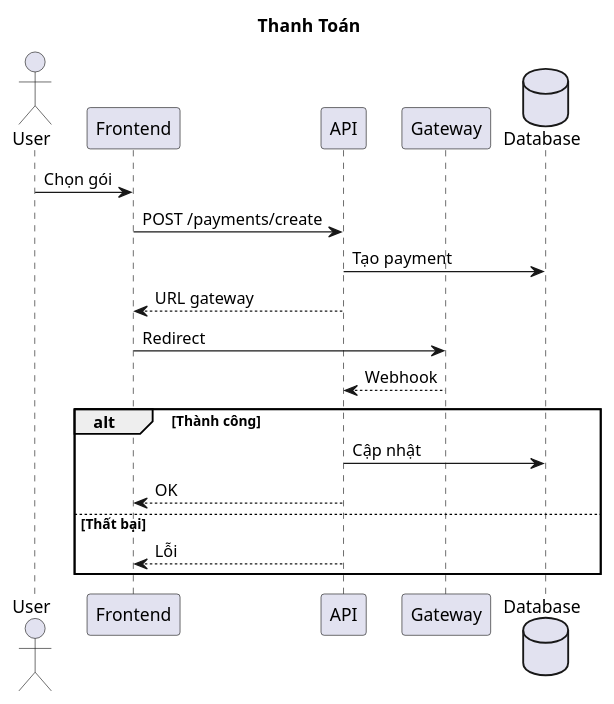
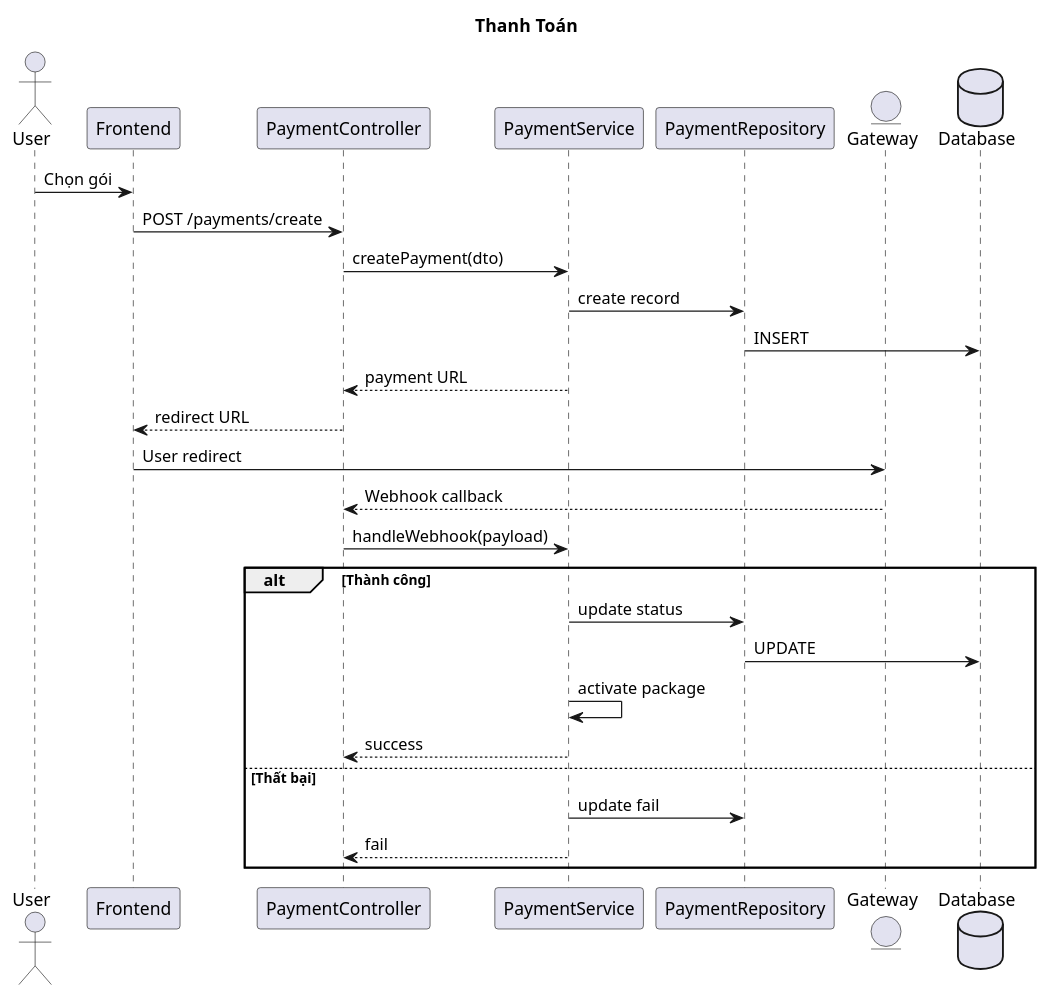
Before and after one commit to BuiThaiBao/Propify: the diagram in docs/sequence-diagram-thanh-toan.md, drawn with PlantUML. The commit also changed other lines of this file and 11 other files, not shown here.

Commit message:
feat: update sequence diagrams to reflect 3-layer architecture and detailed interactions

````diff
--- a/docs/sequence-diagram-thanh-toan.md
+++ b/docs/sequence-diagram-thanh-toan.md
@@ -3,24 +3,33 @@
 ```plantuml
 @startuml
 title Thanh Toán
 
 actor "User" as User
 participant "Frontend" as FE
-participant "API" as API
-participant "Gateway" as GW
+participant "PaymentController" as Controller
+participant "PaymentService" as Service
+participant "PaymentRepository" as Repo
+entity "Gateway" as GW
 database "Database" as DB
 
 User -> FE: Chọn gói
-FE -> API: POST /payments/create
-API -> DB: Tạo payment
-API --> FE: URL gateway
-FE -> GW: Redirect
-GW --> API: Webhook
+FE -> Controller: POST /payments/create
+Controller -> Service: createPayment(dto)
+Service -> Repo: create record
+Repo -> DB: INSERT
+Service --> Controller: payment URL
+Controller --> FE: redirect URL
+FE -> GW: User redirect
+GW --> Controller: Webhook callback
+Controller -> Service: handleWebhook(payload)
 alt Thành công
-  API -> DB: Cập nhật
-  API --> FE: OK
+  Service -> Repo: update status
+  Repo -> DB: UPDATE
+  Service -> Service: activate package
+  Service --> Controller: success
 else Thất bại
-  API --> FE: Lỗi
+  Service -> Repo: update fail
+  Service --> Controller: fail
 end
 @enduml
 ```
````
